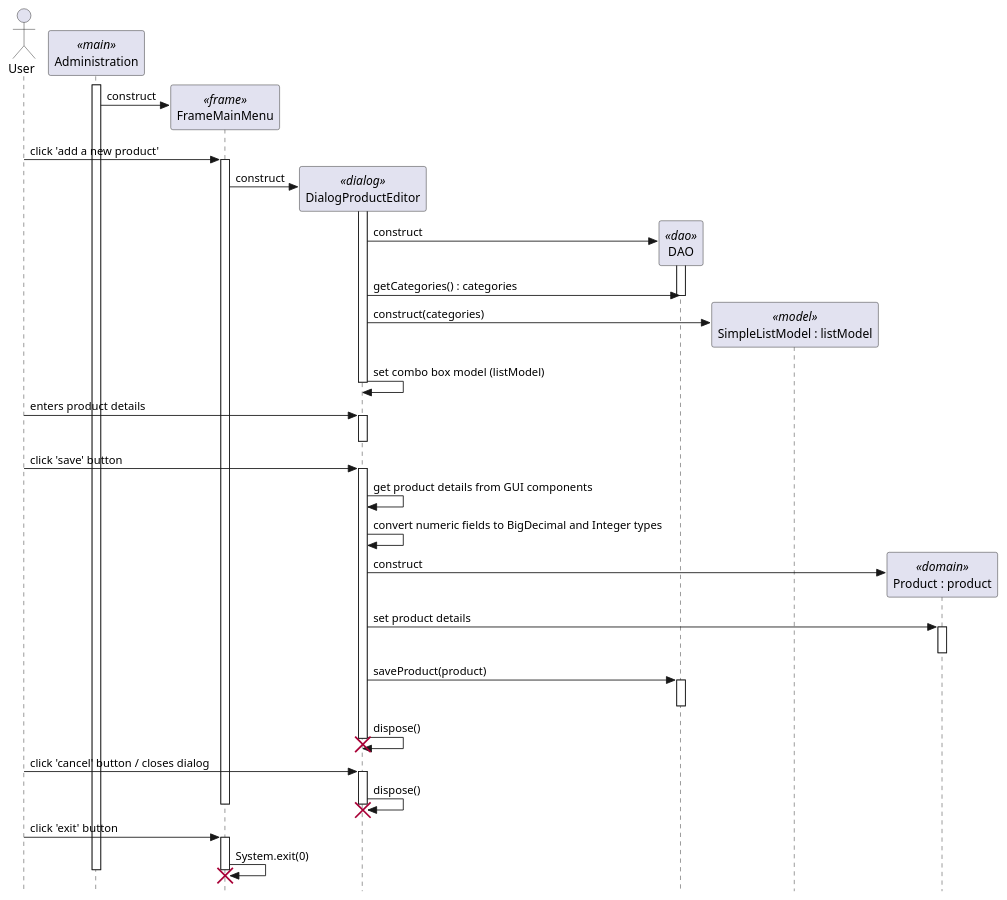
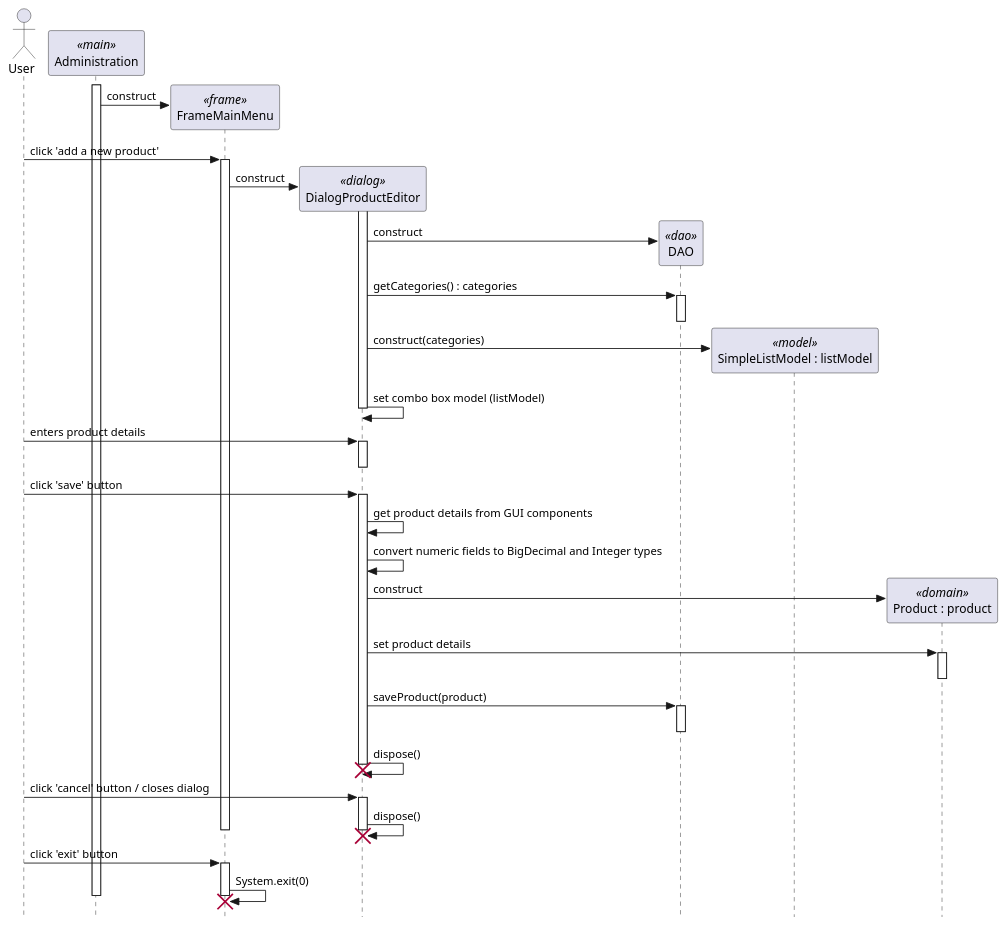
Before and after one commit to matthewdockerty/INFO202Shopping: the diagram in addNewProduct.puml, drawn with PlantUML.

Commit message:
Modified activation bar for DAO method call. References #8

```diff
--- a/addNewProduct.puml
+++ b/addNewProduct.puml
@@ -1,73 +1,73 @@
 @startuml
     ' REFERENCE: https://isgb.otago.ac.nz/infosci/INFO202/reference/raw/master/reference.html#Sequence%20Diagrams:Contents%20%5B%5BSequence%20Diagrams%5D%5D
 
     ' use strict UML mode
     skinparam style strictuml
 
     actor "User" as user
     participant "Administration" as main <<main>>
     main++
 
     create "FrameMainMenu" as menu <<frame>>
 
     main -> menu : construct
     
     user -> menu++ : click 'add a new product'
     
     create "DialogProductEditor" as editor <<dialog>>
     menu -> editor : construct
 
     ' activate editor constructor
     editor++
         ' create a DAO
         create "DAO" as dao <<dao>>
-        editor -> dao++ : construct
-
-        editor -> dao : getCategories() : categories
+        editor -> dao : construct
+        
+        editor -> dao++ : getCategories() : categories
         dao--
 
         create "SimpleListModel : listModel" as listModel <<model>>
         editor -> listModel : construct(categories)
         editor -> editor : set combo box model (listModel)
 
         editor--
 
     ' user enters product details and clicks the save button
     user -> editor++ : enters product details
         editor--
     user ->  editor++ : click 'save' button
         editor -> editor : get product details from GUI components
 
         editor -> editor : convert numeric fields to BigDecimal and Integer types
 
         ' construct the product object
         create "Product : product" as product <<domain>>
         editor -> product : construct
 
         ' set the fields in the product
         editor -> product++ : set product details
             product--
 
         ' save product
         editor -> dao++ : saveProduct(product)
             dao--
 
         ' dispose dialog
         editor -> editor : dispose()
         destroy editor
         editor--
         
     ' user closes the dialog
     user -> editor++ : click 'cancel' button / closes dialog
         ' dispose dialog
         editor -> editor : dispose()
         destroy editor
         menu--
         
     user -> menu++ : click 'exit' button
     menu -> menu : System.exit(0)
     destroy menu
     main--
 
     
 @enduml
```
